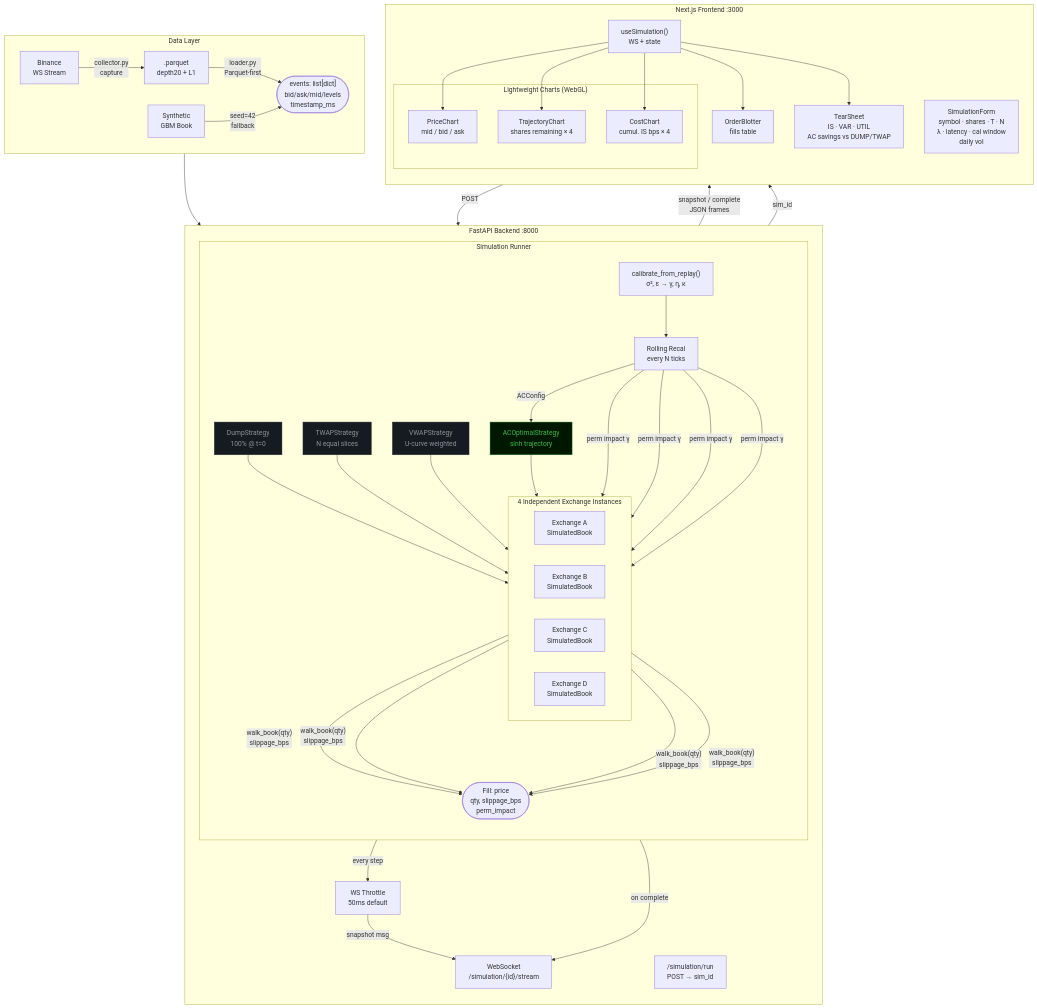
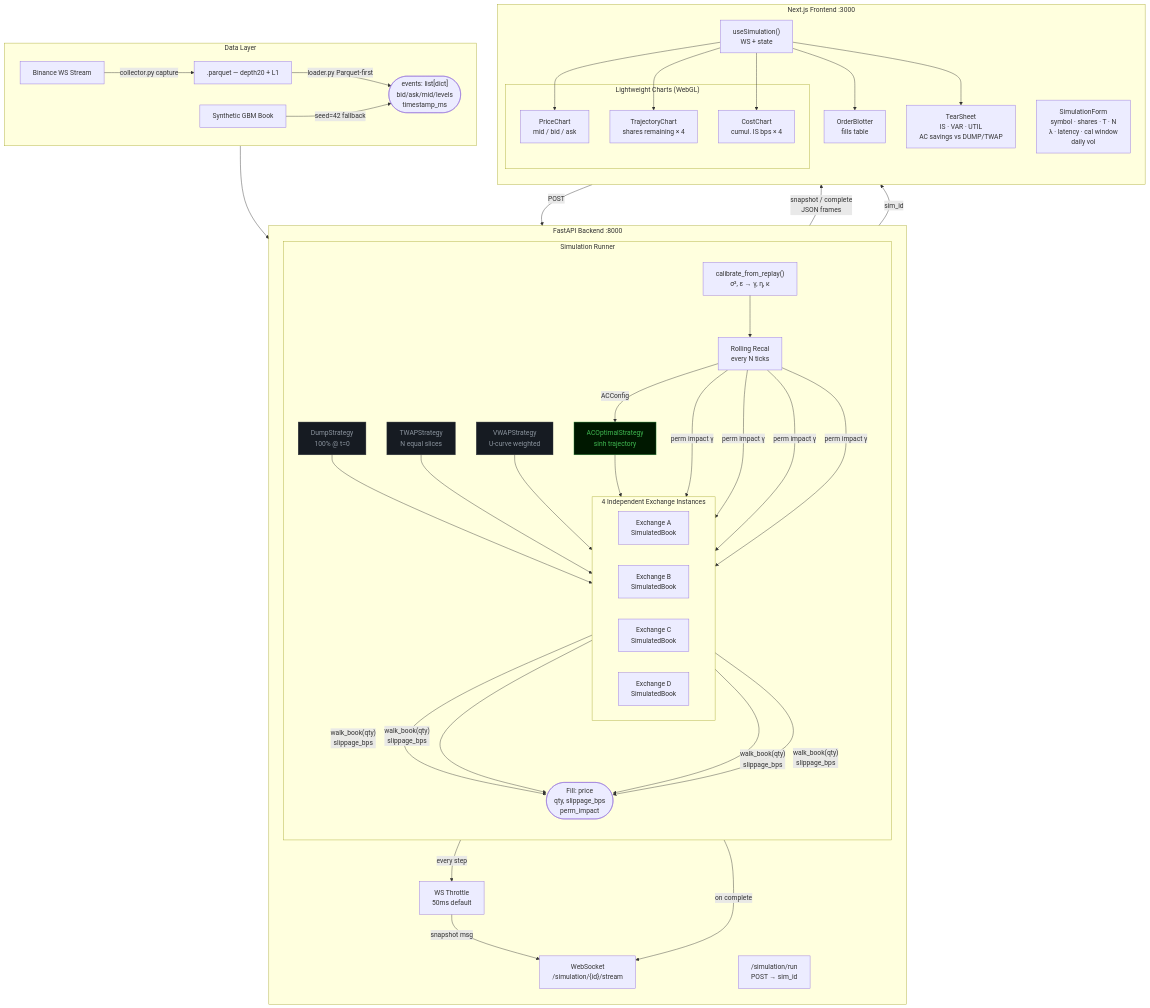
Before and after one commit to Dharshan2004/trace-zero: the diagram in README.md, drawn with Mermaid. The commit also changed other lines of this file, not shown here.

```diff
--- a/README.md
+++ b/README.md
@@ -76,13 +76,13 @@
 flowchart TB
     subgraph DATA["Data Layer"]
         direction LR
-        BINANCE["Binance\nWS Stream"]
-        PARQUET[".parquet\ndepth20 + L1"]
-        SYNTHETIC["Synthetic\nGBM Book"]
-        BINANCE -->|"collector.py\ncapture"| PARQUET
-        PARQUET -->|"loader.py\nParquet-first"| EVENTS
-        SYNTHETIC -->|"seed=42\nfallback"| EVENTS
-        EVENTS(["events: list[dict]\nbid/ask/mid/levels\ntimestamp_ms"])
+        BINANCE["Binance WS Stream"]
+        PARQUET[".parquet — depth20 + L1"]
+        SYNTHETIC["Synthetic GBM Book"]
+        BINANCE -->|"collector.py capture"| PARQUET
+        PARQUET -->|"loader.py Parquet-first"| EVENTS
+        SYNTHETIC -->|"seed=42 fallback"| EVENTS
+        EVENTS(["events: list[dict]<br/>bid/ask/mid/levels<br/>timestamp_ms"])
     end
 
     subgraph BACKEND["FastAPI Backend  :8000"]
@@ -91,22 +91,22 @@
 
         subgraph RUNNER["Simulation Runner"]
             direction TB
-            CAL["calibrate_from_replay()\nσ², ε → γ, η, κ"]
-            ROLLING["Rolling Recal\nevery N ticks"]
+            CAL["calibrate_from_replay()<br/>σ², ε → γ, η, κ"]
+            ROLLING["Rolling Recal<br/>every N ticks"]
             CAL --> ROLLING
 
             subgraph EXCHANGES["4 Independent Exchange Instances"]
                 direction LR
-                EA["Exchange A\nSimulatedBook"]
-                EB["Exchange B\nSimulatedBook"]
-                EC["Exchange C\nSimulatedBook"]
-                ED["Exchange D\nSimulatedBook"]
+                EA["Exchange A<br/>SimulatedBook"]
+                EB["Exchange B<br/>SimulatedBook"]
+                EC["Exchange C<br/>SimulatedBook"]
+                ED["Exchange D<br/>SimulatedBook"]
             end
 
-            DUMP["DumpStrategy\n100% @ t=0"]
-            TWAP["TWAPStrategy\nN equal slices"]
-            VWAP["VWAPStrategy\nU-curve weighted"]
-            AC["ACOptimalStrategy\nsinh trajectory"]
+            DUMP["DumpStrategy<br/>100% @ t=0"]
+            TWAP["TWAPStrategy<br/>N equal slices"]
+            VWAP["VWAPStrategy<br/>U-curve weighted"]
+            AC["ACOptimalStrategy<br/>sinh trajectory"]
 
             DUMP --> EA
             TWAP --> EB
@@ -116,39 +116,39 @@
             ROLLING -->|"ACConfig"| AC
             ROLLING -->|"perm impact γ"| EA & EB & EC & ED
 
-            EA -->|"walk_book(qty)\nslippage_bps"| FILLS
-            EB -->|"walk_book(qty)\nslippage_bps"| FILLS
-            EC -->|"walk_book(qty)\nslippage_bps"| FILLS
-            ED -->|"walk_book(qty)\nslippage_bps"| FILLS
-            FILLS(["Fill: price\nqty, slippage_bps\nperm_impact"])
+            EA -->|"walk_book(qty)<br/>slippage_bps"| FILLS
+            EB -->|"walk_book(qty)<br/>slippage_bps"| FILLS
+            EC -->|"walk_book(qty)<br/>slippage_bps"| FILLS
+            ED -->|"walk_book(qty)<br/>slippage_bps"| FILLS
+            FILLS(["Fill: price<br/>qty, slippage_bps<br/>perm_impact"])
         end
 
-        THROTTLE["WS Throttle\n50ms default"]
+        THROTTLE["WS Throttle<br/>50ms default"]
         RUNNER -->|"every step"| THROTTLE
         THROTTLE -->|"snapshot msg"| WS_EP
         RUNNER -->|"on complete"| WS_EP
-        WS_EP["WebSocket\n/simulation/{id}/stream"]
+        WS_EP["WebSocket<br/>/simulation/{id}/stream"]
 
-        REST["/simulation/run\nPOST → sim_id"]
+        REST["/simulation/run<br/>POST → sim_id"]
     end
 
     subgraph FRONTEND["Next.js Frontend  :3000"]
         direction TB
-        HOOK["useSimulation()\nWS + state"]
-        WS_EP -->|"snapshot / complete\nJSON frames"| HOOK
+        HOOK["useSimulation()<br/>WS + state"]
+        WS_EP -->|"snapshot / complete<br/>JSON frames"| HOOK
         REST -->|"sim_id"| HOOK
 
         subgraph CHARTS["Lightweight Charts (WebGL)"]
-            PC["PriceChart\nmid / bid / ask"]
-            TC["TrajectoryChart\nshares remaining × 4"]
-            CC["CostChart\ncumul. IS bps × 4"]
+            PC["PriceChart<br/>mid / bid / ask"]
+            TC["TrajectoryChart<br/>shares remaining × 4"]
+            CC["CostChart<br/>cumul. IS bps × 4"]
         end
 
         HOOK --> PC & TC & CC
-        HOOK --> BLOTTER["OrderBlotter\nfills table"]
-        HOOK --> TEARSHEET["TearSheet\nIS · VAR · UTIL\nAC savings vs DUMP/TWAP"]
+        HOOK --> BLOTTER["OrderBlotter<br/>fills table"]
+        HOOK --> TEARSHEET["TearSheet<br/>IS · VAR · UTIL<br/>AC savings vs DUMP/TWAP"]
 
-        FORM["SimulationForm\nsymbol · shares · T · N\nλ · latency · cal window\ndaily vol"] -->|"POST"| REST
+        FORM["SimulationForm<br/>symbol · shares · T · N<br/>λ · latency · cal window<br/>daily vol"] -->|"POST"| REST
     end
 
     classDef backend fill:#0d1117,stroke:#30363d,color:#e6edf3
```
